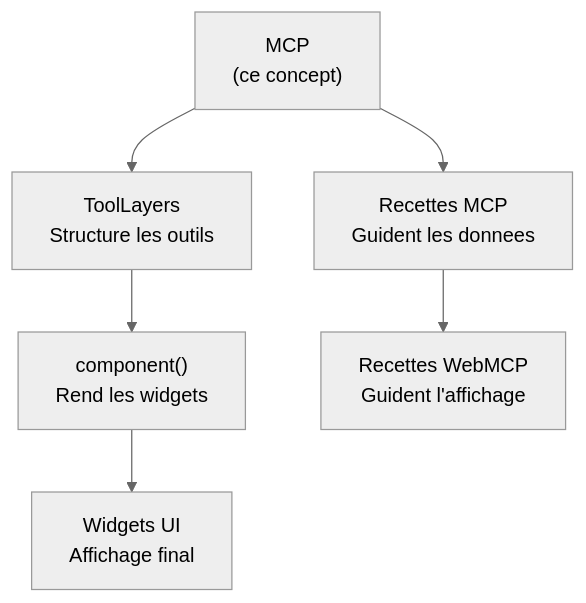
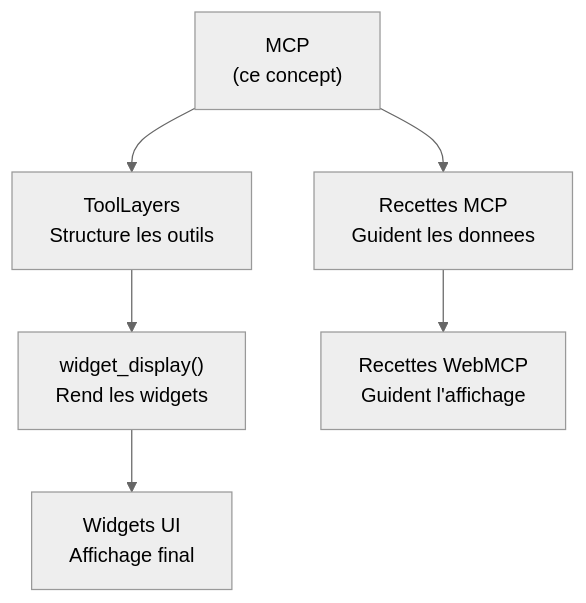
One commit to jeanbaptiste/webmcp-auto-ui changed the fifth of 5 diagrams in docs-site/src/content/docs/concepts/mcp.md. Above: the diagram before and after it, drawn with Mermaid (neutral theme). The commit also changed other lines of this file and 6 other files, not shown here.

Commit message:
fix(ui): vanilla widget responsive sizing, TokenBubble order, rename component→widget_display in docs

````diff
--- a/docs-site/src/content/docs/concepts/mcp.md
+++ b/docs-site/src/content/docs/concepts/mcp.md
@@ -291,8 +291,8 @@
 ```mermaid
 graph TD
     MCP["MCP<br/>(ce concept)"] --> TL["ToolLayers<br/>Structure les outils"]
     MCP --> R["Recettes MCP<br/>Guident les donnees"]
-    TL --> CT["component()<br/>Rend les widgets"]
+    TL --> CT["widget_display()<br/>Rend les widgets"]
     CT --> W["Widgets UI<br/>Affichage final"]
     R --> WR["Recettes WebMCP<br/>Guident l'affichage"]
 ```
````
